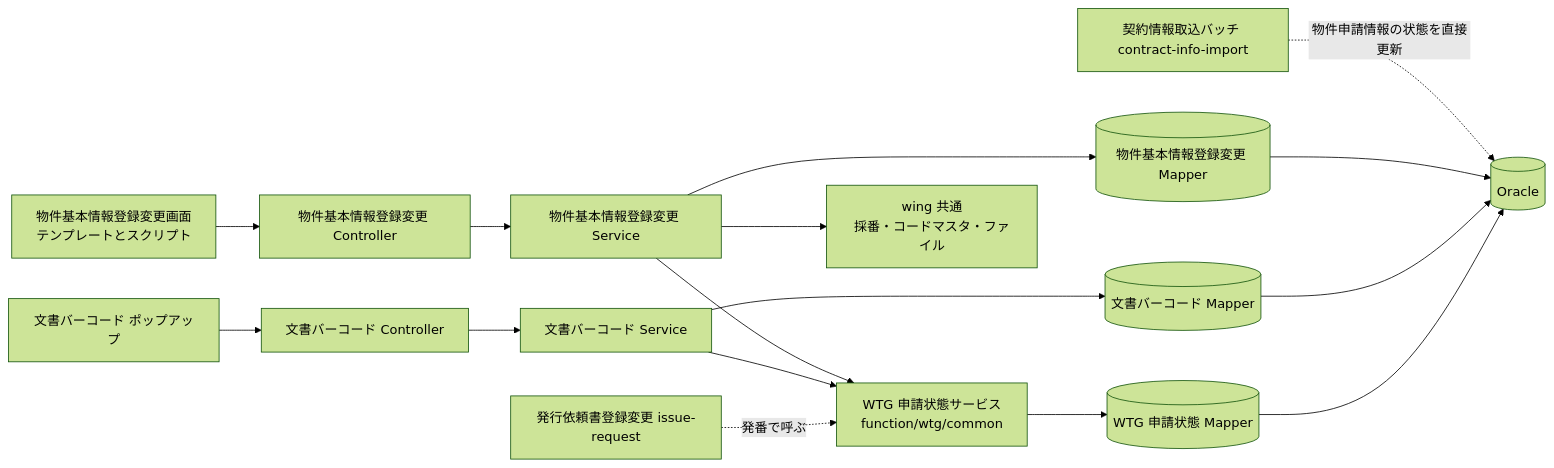
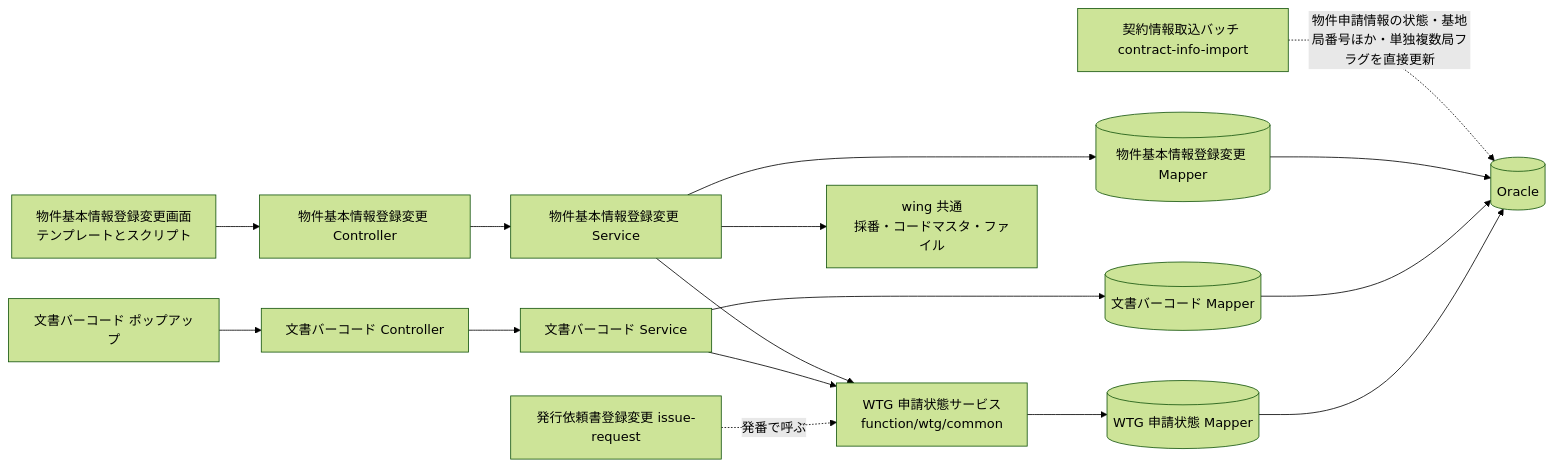
One commit to masato-teramoto/Wing changed the first of 3 diagrams in specs/property-basic-info/design.md. Above: the diagram before and after it, drawn with Mermaid (forest theme). The commit also changed other lines of this file and 212 other files, not shown here.

````diff
--- a/specs/property-basic-info/design.md
+++ b/specs/property-basic-info/design.md
@@ -150,18 +150,18 @@
 ```mermaid
 flowchart LR
     UI[物件基本情報登録変更画面<br/>テンプレートとスクリプト] --> CTL[物件基本情報登録変更 Controller]
     POP[文書バーコード ポップアップ] --> BCTL[文書バーコード Controller]
     CTL --> SVC[物件基本情報登録変更 Service]
     BCTL --> BSVC[文書バーコード Service]
     SVC --> STS[WTG 申請状態サービス<br/>function/wtg/common]
     BSVC --> STS
     SVC --> MAP[(物件基本情報登録変更 Mapper)]
     BSVC --> BMAP[(文書バーコード Mapper)]
     STS --> SMAP[(WTG 申請状態 Mapper)]
     SVC --> CMN[wing 共通<br/>採番・コードマスタ・ファイル]
     IR[発行依頼書登録変更 issue-request] -.発番で呼ぶ.-> STS
-    BATCH[契約情報取込バッチ contract-info-import] -.物件申請情報の状態を直接更新.-> DB[(Oracle)]
+    BATCH[契約情報取込バッチ contract-info-import] -.物件申請情報の状態・基地局番号ほか・単独複数局フラグを直接更新.-> DB[(Oracle)]
     MAP --> DB
     BMAP --> DB
     SMAP --> DB
 ```
````
